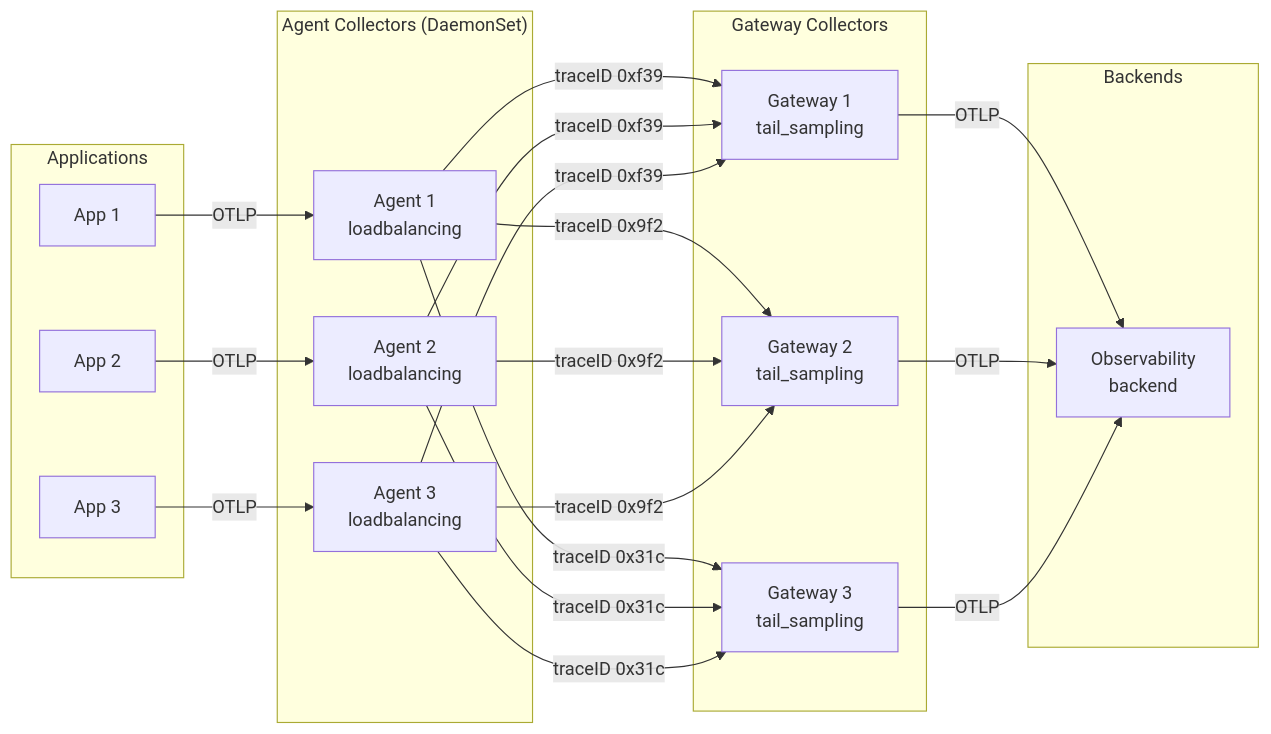
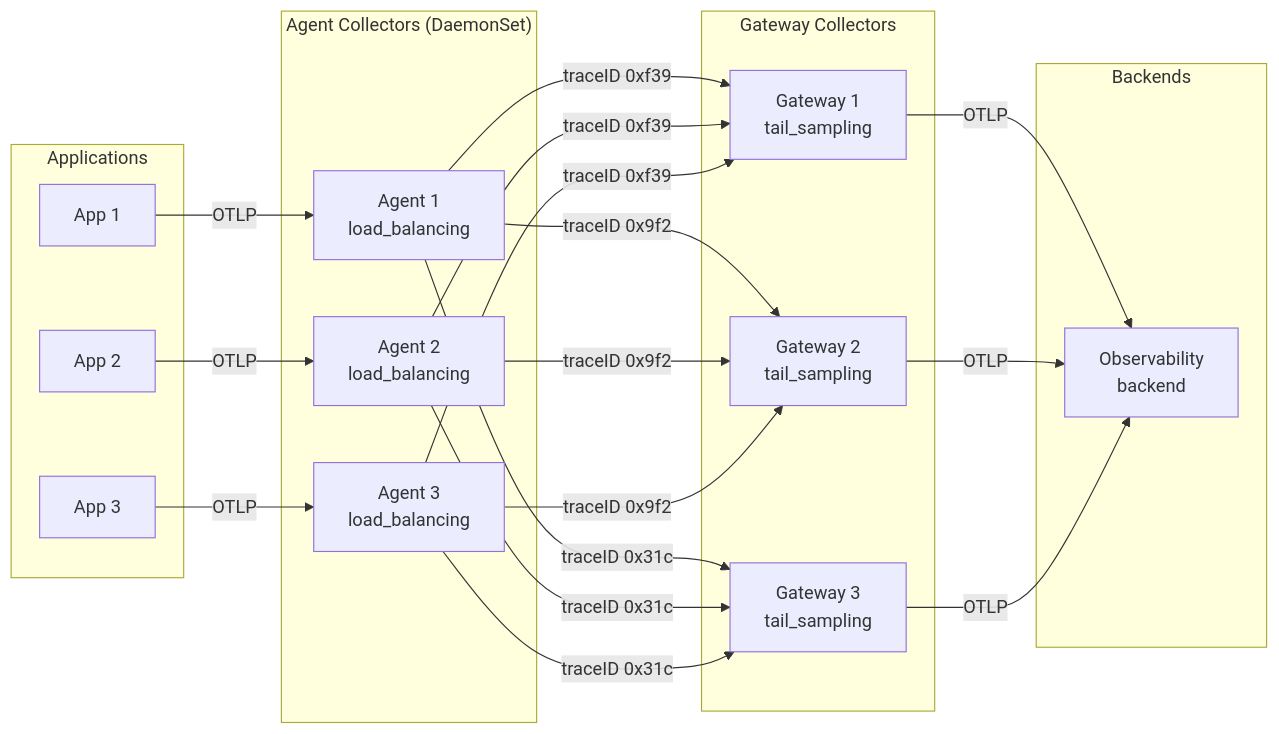
Before and after one commit to open-telemetry/opentelemetry.io: the second of 2 diagrams in content/en/docs/collector/deploy/other/agent-to-gateway/_index.md, drawn with Mermaid. The commit also changed other lines of this file and 6 other files, not shown here.

Commit message:
docs: update collector configs to use non-deprecated aliases file_log, load_balancing and prometheus_remote_write (#11359)

````diff
--- a/content/en/docs/collector/deploy/other/agent-to-gateway/_index.md
+++ b/content/en/docs/collector/deploy/other/agent-to-gateway/_index.md
@@ -348,44 +348,44 @@
 ```mermaid
 graph LR
     subgraph Applications
         A1[App 1]
         A2[App 2]
         A3[App 3]
     end
 
     subgraph "Agent Collectors (DaemonSet)"
-        AC1[Agent 1<br/>loadbalancing]
-        AC2[Agent 2<br/>loadbalancing]
-        AC3[Agent 3<br/>loadbalancing]
+        AC1[Agent 1<br/>load_balancing]
+        AC2[Agent 2<br/>load_balancing]
+        AC3[Agent 3<br/>load_balancing]
     end
 
     subgraph "Gateway Collectors"
         GC1[Gateway 1<br/>tail_sampling]
         GC2[Gateway 2<br/>tail_sampling]
         GC3[Gateway 3<br/>tail_sampling]
     end
 
     subgraph Backends
         B1[Observability<br/>backend]
     end
 
     A1 -->|OTLP| AC1
     A2 -->|OTLP| AC2
     A3 -->|OTLP| AC3
 
     AC1 -->|traceID 0xf39| GC1
     AC1 -->|traceID 0x9f2| GC2
     AC1 -->|traceID 0x31c| GC3
 
     AC2 -->|traceID 0xf39| GC1
     AC2 -->|traceID 0x9f2| GC2
     AC2 -->|traceID 0x31c| GC3
 
     AC3 -->|traceID 0xf39| GC1
     AC3 -->|traceID 0x9f2| GC2
     AC3 -->|traceID 0x31c| GC3
 
     GC1 -->|OTLP| B1
     GC2 -->|OTLP| B1
     GC3 -->|OTLP| B1
 ```
````
